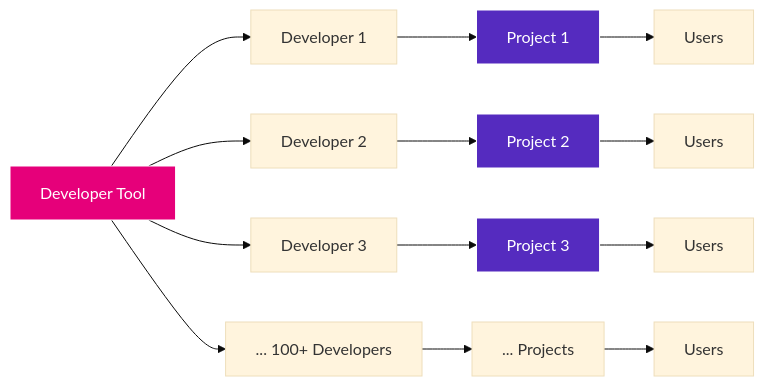
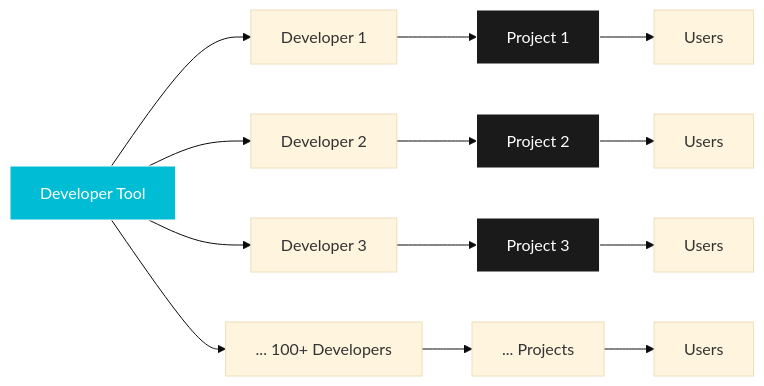
Before and after one commit to openguild-labs/polkadot-codecamp: the ninth of 17 diagrams in slides/polkadot-grant-ecosystem.md, drawn with Mermaid (base theme). The commit also changed other lines of this file and 6 other files, not shown here.

````diff
--- a/slides/polkadot-grant-ecosystem.md
+++ b/slides/polkadot-grant-ecosystem.md
@@ -545,22 +545,22 @@
 ```mermaid
 graph LR
     TOOL[Developer Tool] --> DEV1[Developer 1]
     TOOL --> DEV2[Developer 2]
     TOOL --> DEV3[Developer 3]
     TOOL --> DEVN[... 100+ Developers]
 
     DEV1 --> PROJ1[Project 1]
     DEV2 --> PROJ2[Project 2]
     DEV3 --> PROJ3[Project 3]
     DEVN --> PROJN[... Projects]
 
     PROJ1 --> USERS1[Users]
     PROJ2 --> USERS2[Users]
     PROJ3 --> USERS3[Users]
     PROJN --> USERSN[Users]
 
-    style TOOL fill:#E6007A,stroke:#fff,color:#fff
-    style PROJ1 fill:#552BBF,stroke:#fff,color:#fff
-    style PROJ2 fill:#552BBF,stroke:#fff,color:#fff
-    style PROJ3 fill:#552BBF,stroke:#fff,color:#fff
+    style TOOL fill:#00BCD4,stroke:#fff,color:#fff
+    style PROJ1 fill:#1a1a1a,stroke:#fff,color:#fff
+    style PROJ2 fill:#1a1a1a,stroke:#fff,color:#fff
+    style PROJ3 fill:#1a1a1a,stroke:#fff,color:#fff
 ```
````
